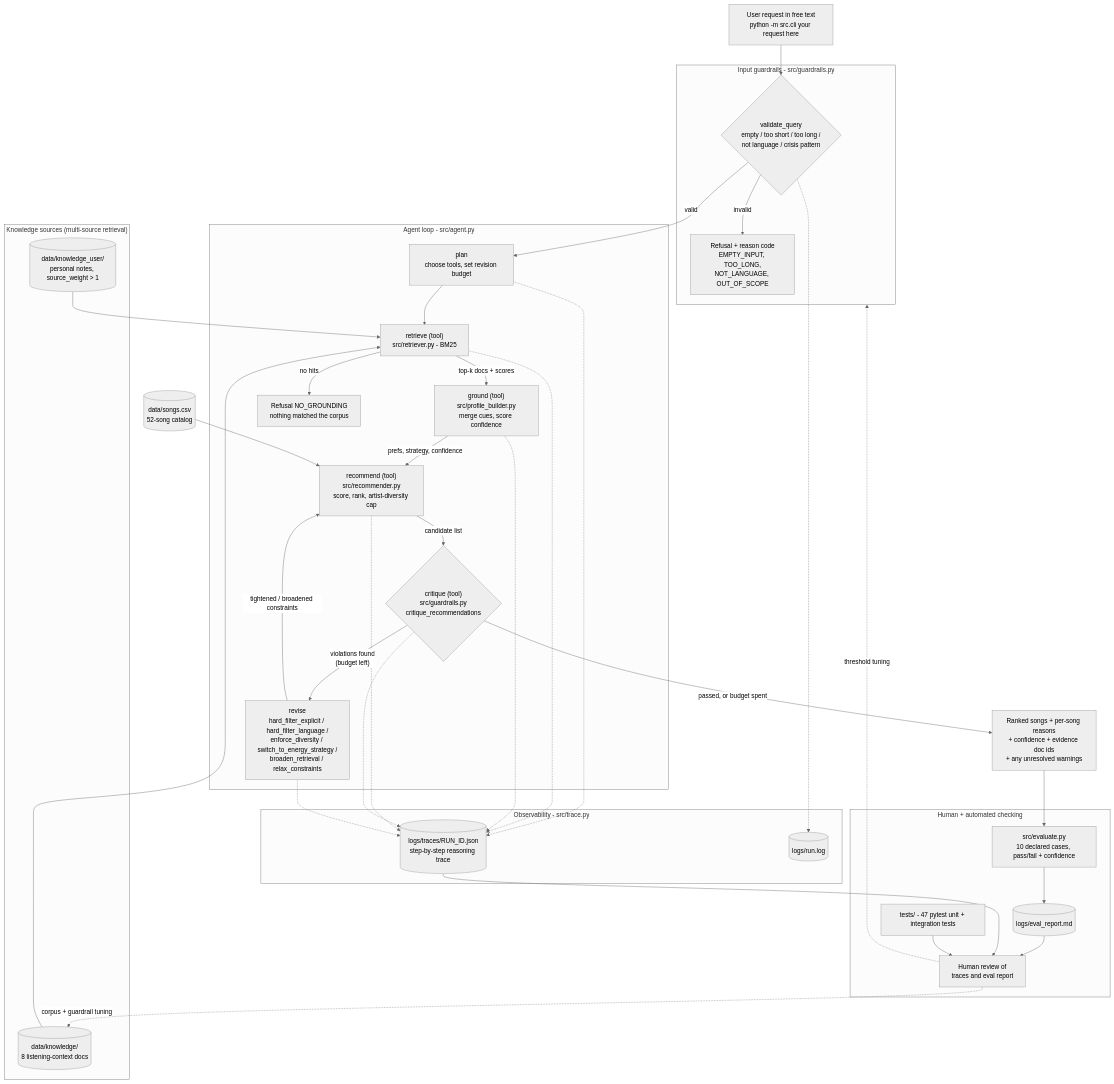
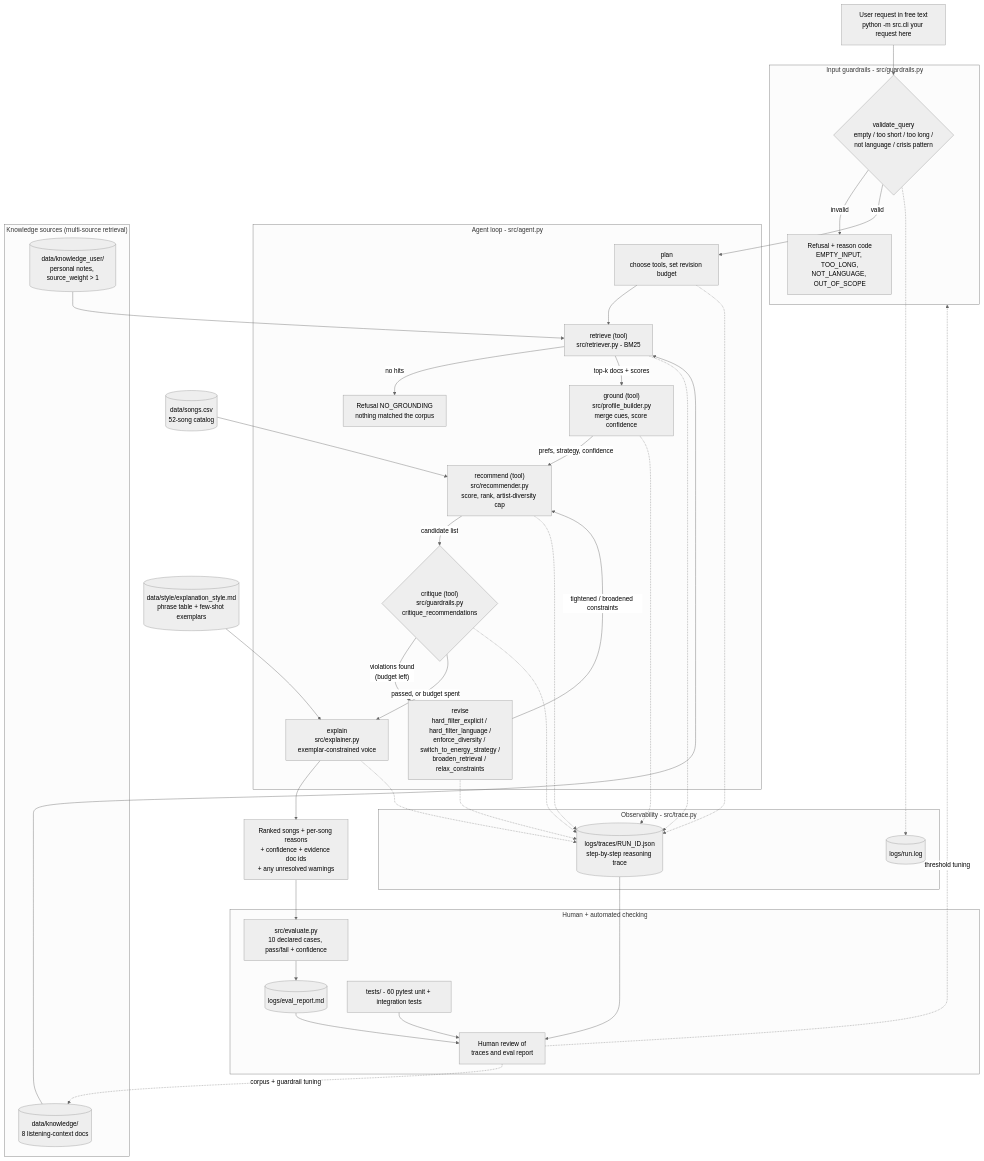
The diagram in diagrams/architecture.mmd (Ch0lan/applied-ai-system-final), drawn with Mermaid (neutral theme) before and after one commit. The commit also changed 47 other files, not shown here.

First line of the commit message:
feat: add exemplar-constrained explanation layer and style evaluation

```diff
--- a/diagrams/architecture.mmd
+++ b/diagrams/architecture.mmd
@@ -1,73 +1,78 @@
 %% Resonance - system architecture
 %% Source of truth for the diagram. Render at https://mermaid.live or with mermaid-cli.
 %% Node labels name the actual module that implements each step.
 
 flowchart TD
     U["User request in free text<br/>python -m src.cli your request here"]
 
     subgraph GR["Input guardrails - src/guardrails.py"]
         V{"validate_query<br/>empty / too short / too long /<br/>not language / crisis pattern"}
         REF["Refusal + reason code<br/>EMPTY_INPUT, TOO_LONG,<br/>NOT_LANGUAGE, OUT_OF_SCOPE"]
     end
 
     subgraph AG["Agent loop - src/agent.py"]
         P["plan<br/>choose tools, set revision budget"]
         R["retrieve (tool)<br/>src/retriever.py - BM25"]
         G["ground (tool)<br/>src/profile_builder.py<br/>merge cues, score confidence"]
         NOG["Refusal NO_GROUNDING<br/>nothing matched the corpus"]
         RANK["recommend (tool)<br/>src/recommender.py<br/>score, rank, artist-diversity cap"]
         C{"critique (tool)<br/>src/guardrails.py<br/>critique_recommendations"}
+        EXP["explain<br/>src/explainer.py<br/>exemplar-constrained voice"]
         REV["revise<br/>hard_filter_explicit / hard_filter_language /<br/>enforce_diversity / switch_to_energy_strategy /<br/>broaden_retrieval / relax_constraints"]
     end
 
     subgraph KB["Knowledge sources (multi-source retrieval)"]
         K1[("data/knowledge/<br/>8 listening-context docs")]
         K2[("data/knowledge_user/<br/>personal notes, source_weight > 1")]
     end
 
     CAT[("data/songs.csv<br/>52-song catalog")]
+    STY[("data/style/explanation_style.md<br/>phrase table + few-shot exemplars")]
 
     subgraph OBS["Observability - src/trace.py"]
         TR[("logs/traces/RUN_ID.json<br/>step-by-step reasoning trace")]
         LG[("logs/run.log")]
     end
 
     subgraph HUM["Human + automated checking"]
         EV["src/evaluate.py<br/>10 declared cases, pass/fail + confidence"]
         RPT[("logs/eval_report.md")]
-        T["tests/ - 47 pytest unit + integration tests"]
+        T["tests/ - 60 pytest unit + integration tests"]
         H["Human review of<br/>traces and eval report"]
     end
 
     OUT["Ranked songs + per-song reasons<br/>+ confidence + evidence doc ids<br/>+ any unresolved warnings"]
 
     U --> V
     V -- "invalid" --> REF
     V -- "valid" --> P
     P --> R
     K1 --> R
     K2 --> R
     R -- "no hits" --> NOG
     R -- "top-k docs + scores" --> G
     G -- "prefs, strategy, confidence" --> RANK
     CAT --> RANK
     RANK -- "candidate list" --> C
     C -- "violations found<br/>(budget left)" --> REV
     REV -- "tightened / broadened constraints" --> RANK
-    C -- "passed, or budget spent" --> OUT
+    C -- "passed, or budget spent" --> EXP
+    STY --> EXP
+    EXP --> OUT
 
     P -.-> TR
     R -.-> TR
     G -.-> TR
     RANK -.-> TR
     C -.-> TR
+    EXP -.-> TR
     REV -.-> TR
     V -.-> LG
 
     OUT --> EV
     EV --> RPT
     RPT --> H
     TR --> H
     T --> H
     H -. "corpus + guardrail tuning" .-> K1
     H -. "threshold tuning" .-> GR
```
